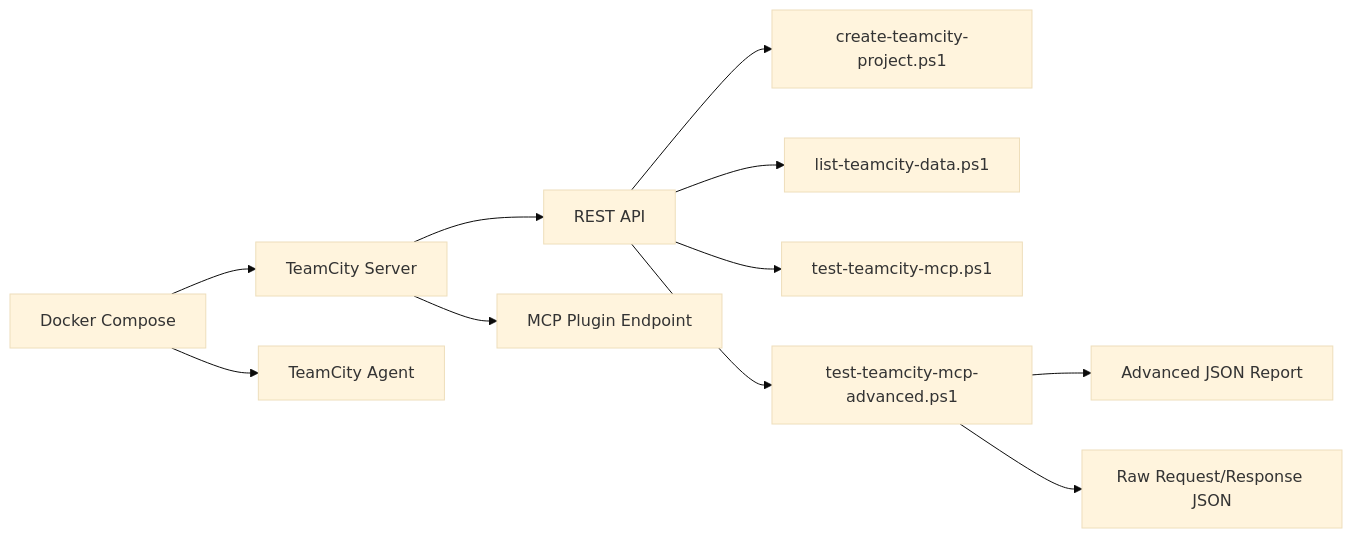
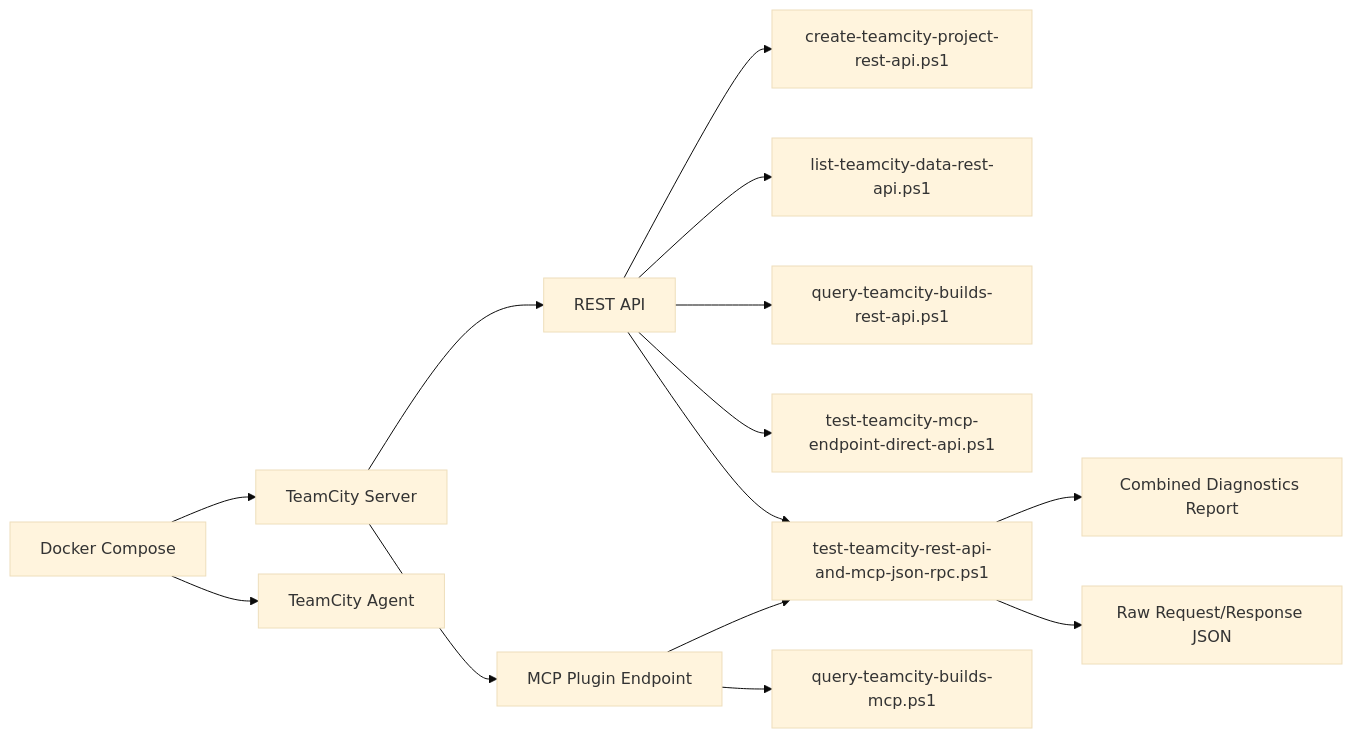
The first of 2 diagrams in README.md (RegexCore/teamcity-n8n-automation-lab), drawn with Mermaid (base theme) before and after one commit. The commit also changed other lines of this file and 8 other files, not shown here.

First line of the commit message:
Add PowerShell scripts for querying TeamCity builds and testing MCP endpoints

````diff
--- a/README.md
+++ b/README.md
@@ -51,13 +62,16 @@
 ```mermaid
 flowchart LR
     A[Docker Compose] --> B[TeamCity Server]
     A --> C[TeamCity Agent]
     B --> D[REST API]
     B --> E[MCP Plugin Endpoint]
-    D --> F[create-teamcity-project.ps1]
-    D --> G[list-teamcity-data.ps1]
-    D --> H[test-teamcity-mcp.ps1]
-    D --> I[test-teamcity-mcp-advanced.ps1]
-    I --> J[Advanced JSON Report]
-    I --> K[Raw Request/Response JSON]
+  D --> F[create-teamcity-project-rest-api.ps1]
+  D --> G[list-teamcity-data-rest-api.ps1]
+  D --> H[query-teamcity-builds-rest-api.ps1]
+  D --> I[test-teamcity-mcp-endpoint-direct-api.ps1]
+  D --> J[test-teamcity-rest-api-and-mcp-json-rpc.ps1]
+  E --> K[query-teamcity-builds-mcp.ps1]
+  E --> J
+  J --> L[Combined Diagnostics Report]
+  J --> M[Raw Request/Response JSON]
 ```
````
